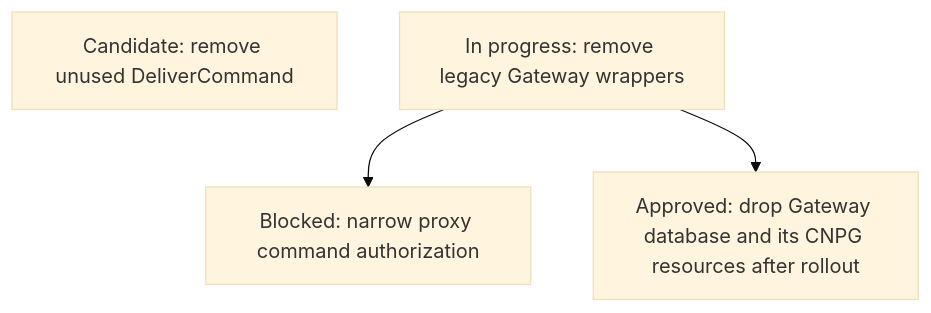
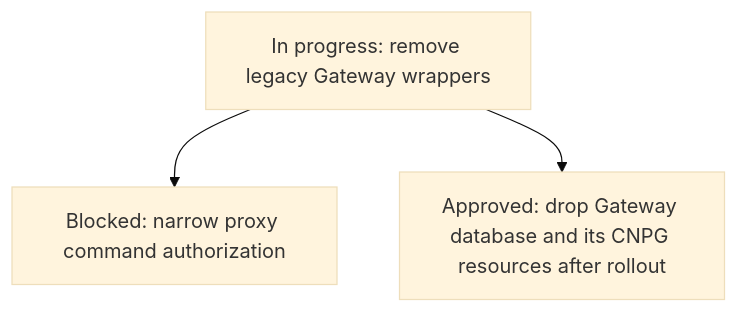
Before and after one commit to agentydragon/ducktape: diagram 15 of 16 in agentplane/plans/task_dag.md, drawn with Mermaid (base theme). The commit also changed other lines of this file and 12 other files, not shown here.

Commit message:
agentplane: remove generic Runner command RPC

````diff
--- a/agentplane/plans/task_dag.md
+++ b/agentplane/plans/task_dag.md
@@ -1281,9 +1281,8 @@
 ```mermaid
 flowchart TD
-    RUNNER_COMMAND_RPCS[Candidate: remove unused DeliverCommand]
     GATEWAY_WRAPPER_RETIRE[In progress: remove legacy Gateway wrappers]
     GATEWAY_DATABASE_DROP[Approved: drop Gateway database and its CNPG resources after rollout]
     PROXY_START_METHODS_DISPATCHER_ONLY[Blocked: narrow proxy command authorization]
     GATEWAY_WRAPPER_RETIRE --> PROXY_START_METHODS_DISPATCHER_ONLY
     GATEWAY_WRAPPER_RETIRE --> GATEWAY_DATABASE_DROP
 ```
````
